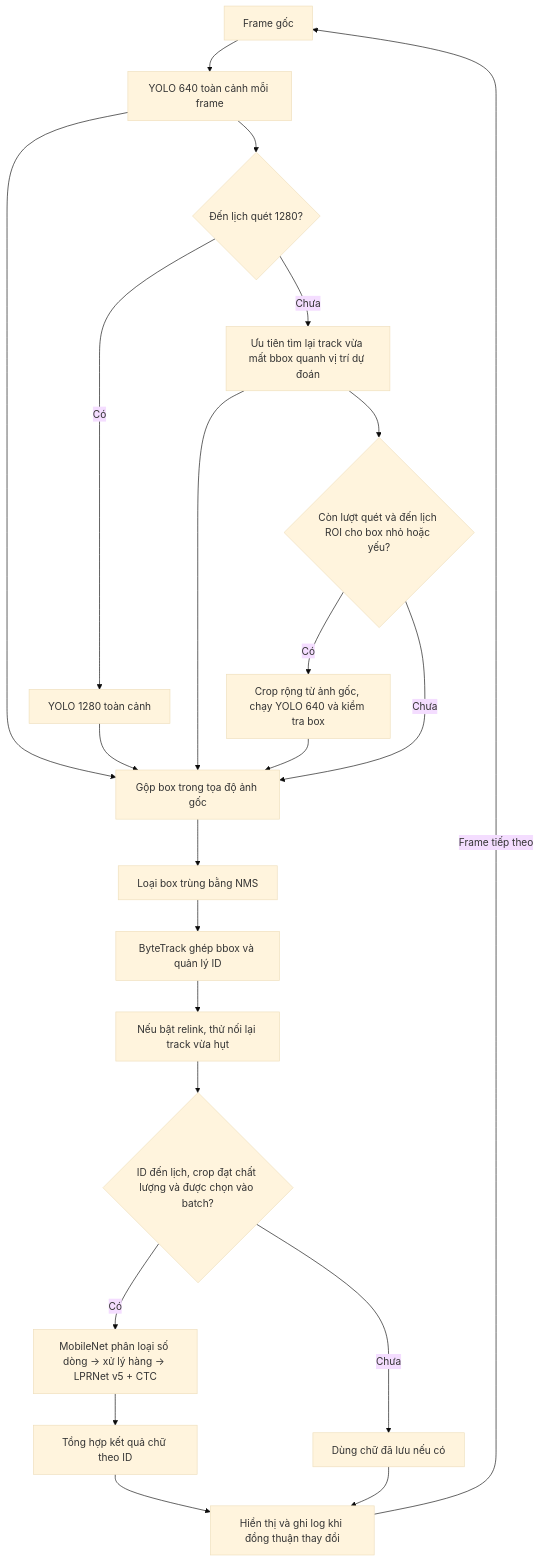
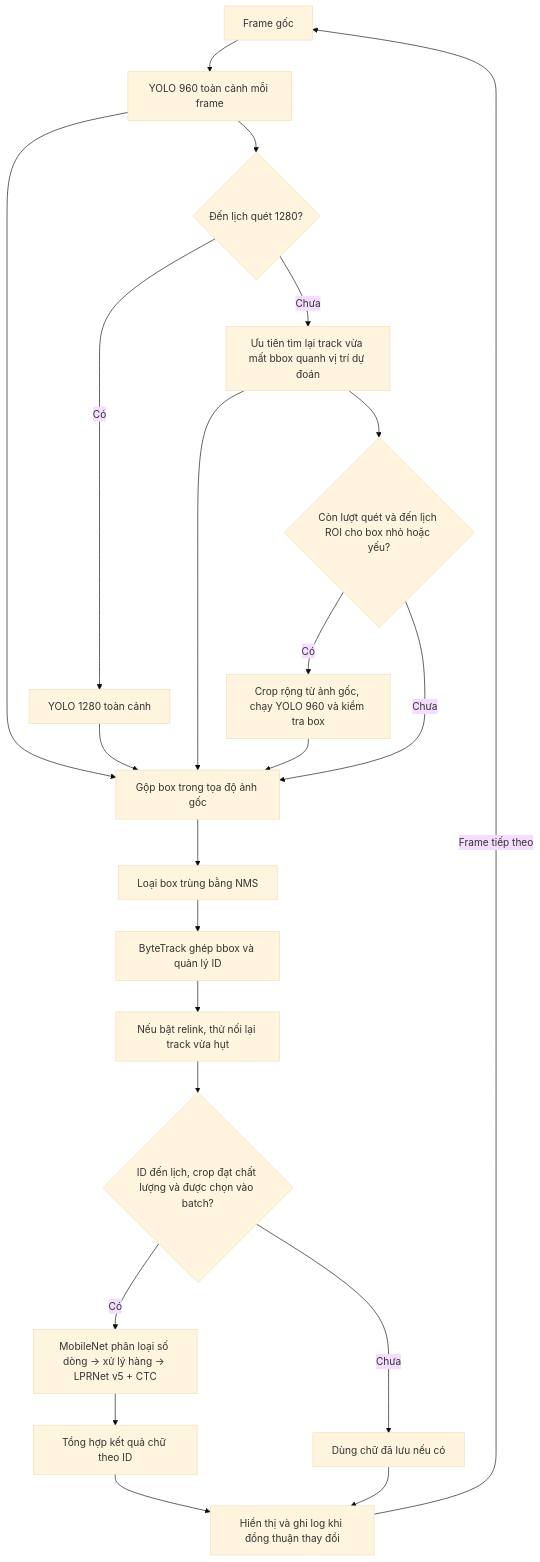
One commit to thetreeee/License-plate-recognize-Yolo-CNN changed the diagram in README.md. Above: the diagram before and after it, drawn with Mermaid (base theme). The commit also changed 4 other files, not shown here.

Commit message:
Improve OCR crop selection and default YOLO to 960

````diff
--- a/README.md
+++ b/README.md
@@ -43,24 +43,24 @@
 ```mermaid
 flowchart TD
-    A["Frame gốc"] --> B["YOLO 640 toàn cảnh mỗi frame"]
+    A["Frame gốc"] --> B["YOLO 960 toàn cảnh mỗi frame"]
     B --> G["Gộp box trong tọa độ ảnh gốc"]
     B --> H{"Đến lịch quét 1280?"}
     H -->|Có| Y["YOLO 1280 toàn cảnh"]
     H -->|Chưa| F["Ưu tiên tìm lại track vừa mất bbox quanh vị trí dự đoán"]
     F --> G
     F --> R{"Còn lượt quét và đến lịch ROI cho box nhỏ hoặc yếu?"}
-    R -->|Có| C["Crop rộng từ ảnh gốc, chạy YOLO 640 và kiểm tra box"]
+    R -->|Có| C["Crop rộng từ ảnh gốc, chạy YOLO 960 và kiểm tra box"]
     R -->|Chưa| G
     Y --> G
     C --> G
     G --> N["Loại box trùng bằng NMS"]
     N --> T["ByteTrack ghép bbox và quản lý ID"]
     T --> K["Nếu bật relink, thử nối lại track vừa hụt"]
     K --> O{"ID đến lịch, crop đạt chất lượng và được chọn vào batch?"}
     O -->|Có| M["MobileNet phân loại số dòng → xử lý hàng → LPRNet v5 + CTC"]
     M --> V["Tổng hợp kết quả chữ theo ID"]
     O -->|Chưa| U["Dùng chữ đã lưu nếu có"]
     V --> D["Hiển thị và ghi log khi đồng thuận thay đổi"]
     U --> D
     D -->|Frame tiếp theo| A
 ```
````
